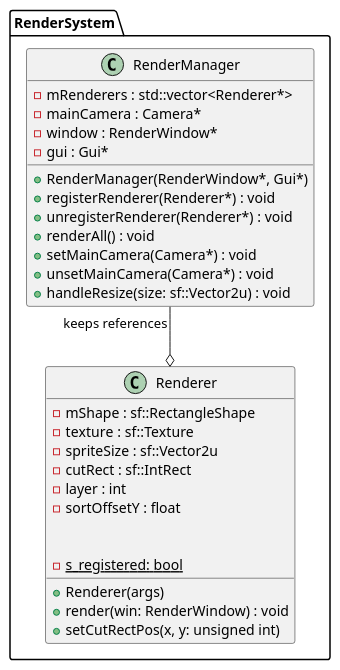
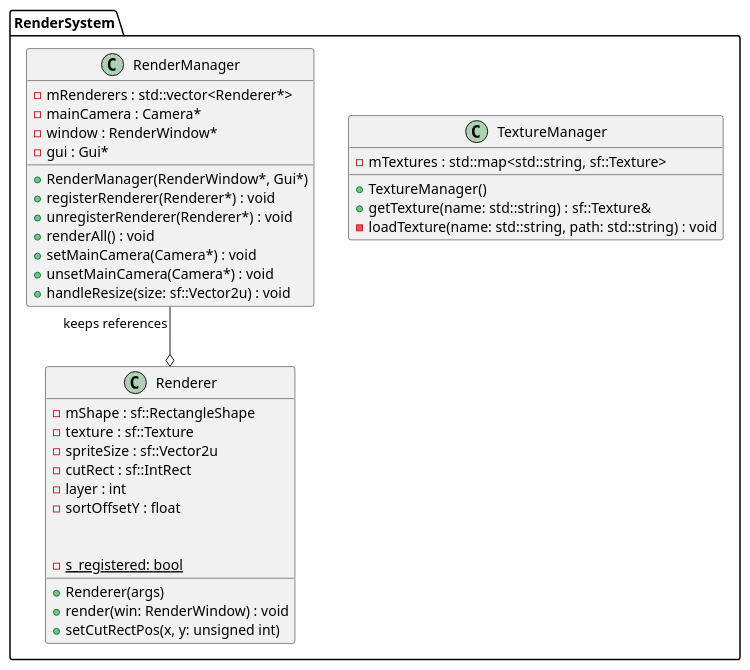
Before and after one commit to AntoFruch/PatternFactory: the diagram in doc/uml/renderSystem.puml, drawn with PlantUML. The commit also changed 2 other files, not shown here.

Commit message:
add texture manager

```diff
--- a/doc/uml/renderSystem.puml
+++ b/doc/uml/renderSystem.puml
@@ -1,36 +1,45 @@
 @startuml renderSystem
 
 namespace RenderSystem {
+
+    class TextureManager{
+        - mTextures : std::map<std::string, sf::Texture>
+
+        + TextureManager()
+        + getTexture(name: std::string) : sf::Texture&
+        - loadTexture(name: std::string, path: std::string) : void
+    }
+
     class RenderManager{
         - mRenderers : std::vector<Renderer*>
         - mainCamera : Camera*
         - window : RenderWindow*
         - gui : Gui*
 
         + RenderManager(RenderWindow*, Gui*)
         + registerRenderer(Renderer*) : void
         + unregisterRenderer(Renderer*) : void
         + renderAll() : void
         + setMainCamera(Camera*) : void
         + unsetMainCamera(Camera*) : void
         + handleResize(size: sf::Vector2u) : void
     }
 
     class Renderer{
         - mShape : sf::RectangleShape
         - texture : sf::Texture
         - spriteSize : sf::Vector2u
         - cutRect : sf::IntRect
         - layer : int
         - sortOffsetY : float
 
         + Renderer(args)
         + render(win: RenderWindow) : void
         + setCutRectPos(x, y: unsigned int)
 
         - {static} s_registered: bool
     }
 
     RenderManager "keeps references"--o Renderer
 }
 @enduml
```
